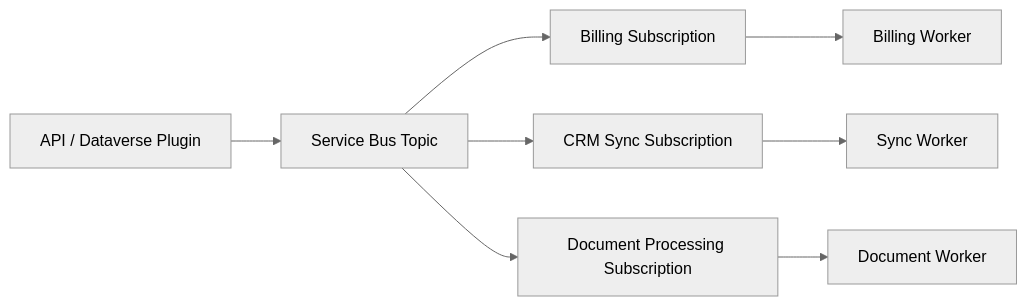
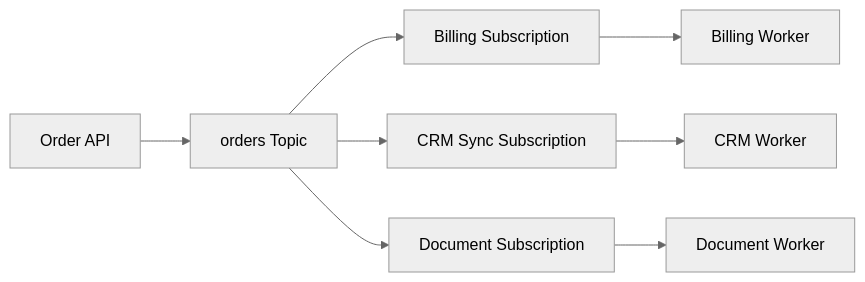
Before and after one commit to brunsdon/azure-services-cheat-sheet: the second of 3 diagrams in docs/messaging.md, drawn with Mermaid (neutral theme). The commit also changed other lines of this file and 17 other files, not shown here.

Commit message:
Polish Azure architecture field guide

````diff
--- a/docs/messaging.md
+++ b/docs/messaging.md
@@ -47,10 +77,10 @@
 ```mermaid
 flowchart LR
-    api[API / Dataverse Plugin] --> topic[Service Bus Topic]
-    topic --> sub1[Billing Subscription]
-    topic --> sub2[CRM Sync Subscription]
-    topic --> sub3[Document Processing Subscription]
-    sub1 --> w1[Billing Worker]
-    sub2 --> w2[Sync Worker]
-    sub3 --> w3[Document Worker]
+    publisher[Order API] --> topic[orders Topic]
+    topic --> billing[Billing Subscription]
+    topic --> crm[CRM Sync Subscription]
+    topic --> documents[Document Subscription]
+    billing --> billingWorker[Billing Worker]
+    crm --> crmWorker[CRM Worker]
+    documents --> documentWorker[Document Worker]
 ```
````
